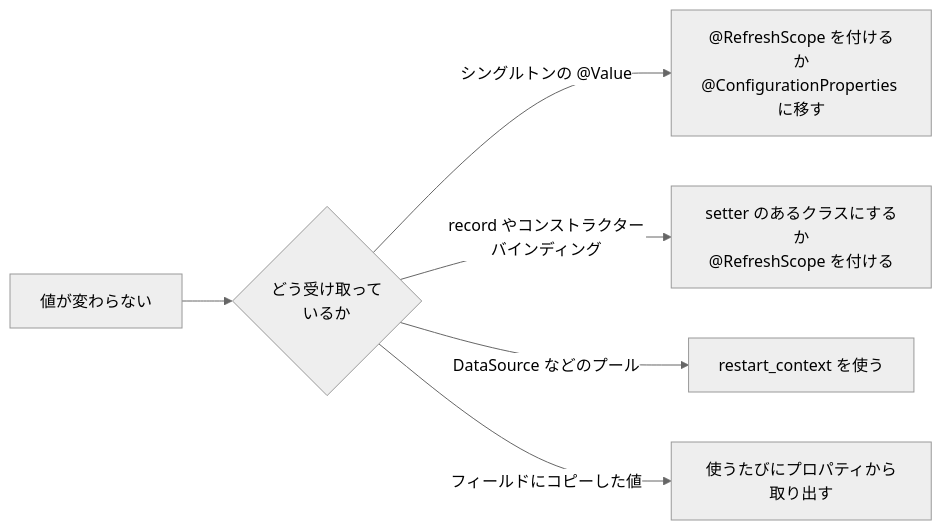
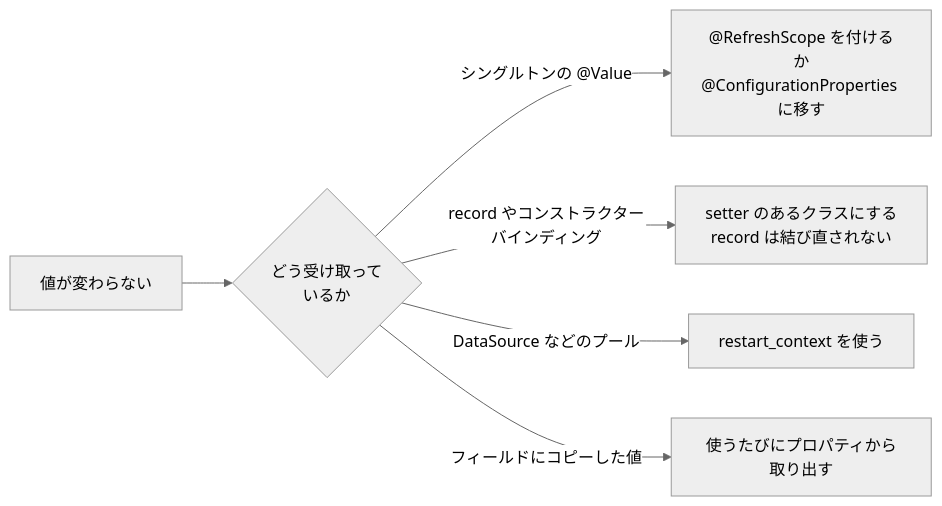
One commit to iinow/iinow.github.io changed the seventh of 8 diagrams in _posts/2026-11-28-spring-aws-secrets-manager-reload-ja.md. Above: the diagram before and after it, drawn with Mermaid (neutral theme). The commit also changed other lines of this file and 11 other files, not shown here.

````diff
--- a/_posts/2026-11-28-spring-aws-secrets-manager-reload-ja.md
+++ b/_posts/2026-11-28-spring-aws-secrets-manager-reload-ja.md
@@ -222,8 +224,8 @@
 ```mermaid
 flowchart LR
   A["値が変わらない"] --> B{"どう受け取って<br/>いるか"}
   B -->|"シングルトンの @Value"| C["@RefreshScope を付けるか<br/>@ConfigurationProperties に移す"]
-  B -->|"record やコンストラクターバインディング"| D["setter のあるクラスにするか<br/>@RefreshScope を付ける"]
+  B -->|"record やコンストラクターバインディング"| D["setter のあるクラスにする<br/>record は結び直されない"]
   B -->|"DataSource などのプール"| E["restart_context を使う"]
   B -->|"フィールドにコピーした値"| F["使うたびにプロパティから取り出す"]
 ```
````
